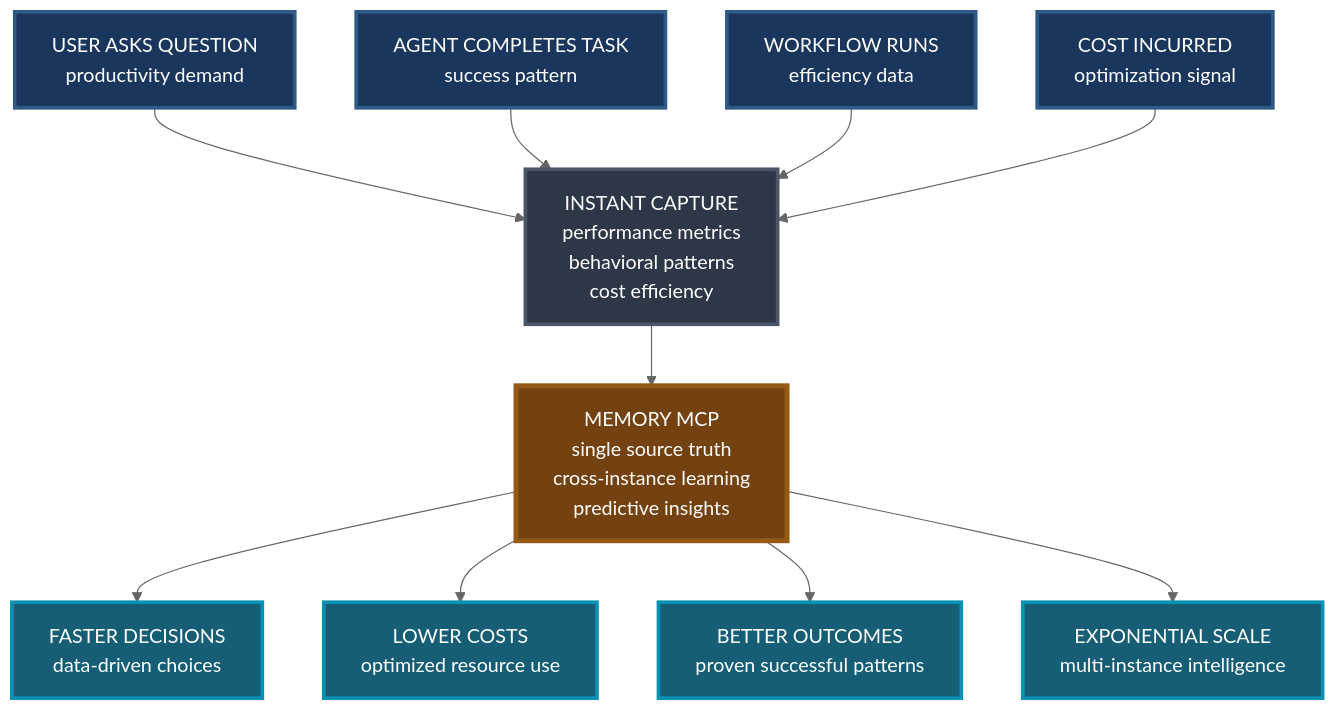
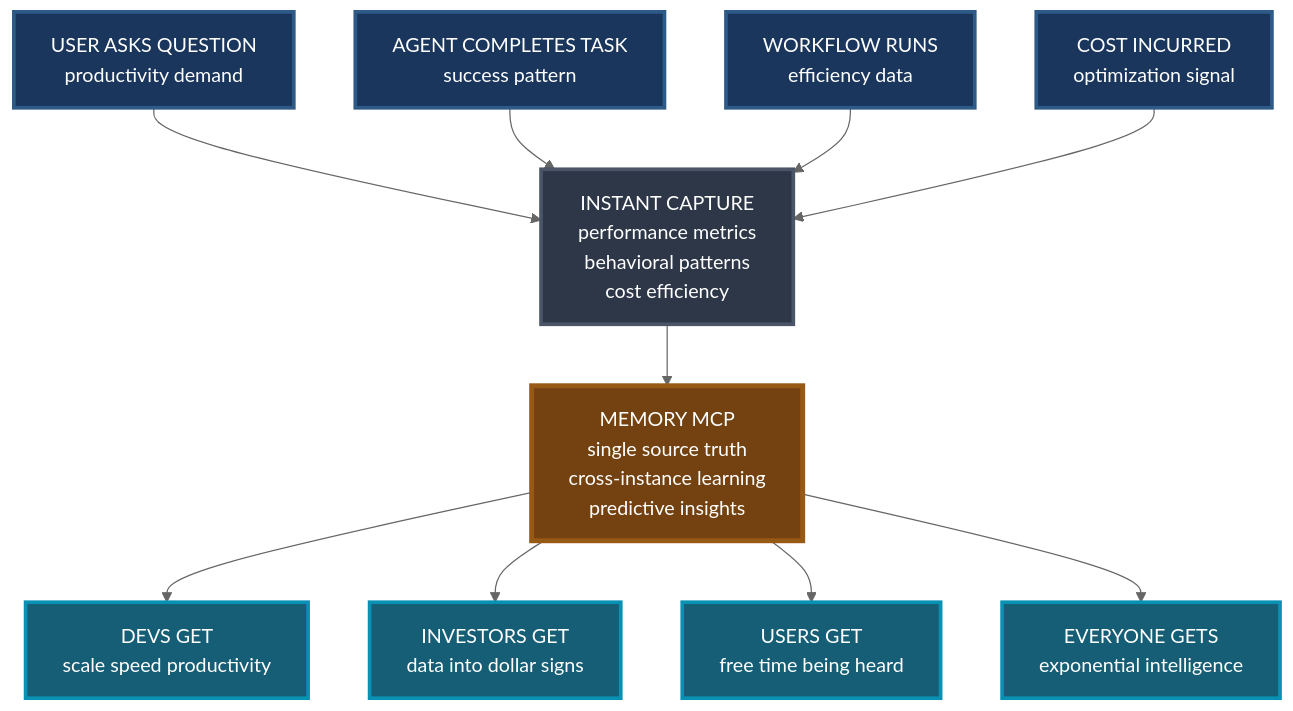
Before and after one commit to seanivore/modular-agent-orchestrator: the diagram in promotions/visuals/diagrams/memory_analytics_simple.md, drawn with Mermaid (neutral theme). The commit also changed other lines of this file and 10 other files, not shown here.

````diff
--- a/promotions/visuals/diagrams/memory_analytics_simple.md
+++ b/promotions/visuals/diagrams/memory_analytics_simple.md
@@ -5,44 +5,44 @@
 ```mermaid
 flowchart TD
     %% Triggering Events
     A1["USER ASKS QUESTION<br/>productivity demand"]
     A2["AGENT COMPLETES TASK<br/>success pattern"]  
     A3["WORKFLOW RUNS<br/>efficiency data"]
     A4["COST INCURRED<br/>optimization signal"]
     
     %% Data Collection
     B["INSTANT CAPTURE<br/>performance metrics<br/>behavioral patterns<br/>cost efficiency"]
     
     %% Central Intelligence
     C["MEMORY MCP<br/>single source truth<br/>cross-instance learning<br/>predictive insights"]
     
-    %% Business Impact
-    D1["FASTER DECISIONS<br/>data-driven choices"]
-    D2["LOWER COSTS<br/>optimized resource use"] 
-    D3["BETTER OUTCOMES<br/>proven successful patterns"]
-    D4["EXPONENTIAL SCALE<br/>multi-instance intelligence"]
+    %% Business Impact by Audience
+    D1["DEVS GET<br/>scale speed productivity"]
+    D2["INVESTORS GET<br/>data into dollar signs"] 
+    D3["USERS GET<br/>free time being heard"]
+    D4["EVERYONE GETS<br/>exponential intelligence"]
     
     %% Flow connections
     A1 --> B
     A2 --> B  
     A3 --> B
     A4 --> B
     
     B --> C
     
     C --> D1
     C --> D2
     C --> D3  
     C --> D4
     
     %% Styling for high contrast and clarity
     classDef triggerEvent fill:#1a365d,stroke:#2d5a87,stroke-width:3px,color:#ffffff
     classDef dataCapture fill:#2d3748,stroke:#4a5568,stroke-width:3px,color:#ffffff
     classDef centralHub fill:#744210,stroke:#975a16,stroke-width:4px,color:#ffffff
     classDef businessImpact fill:#155e75,stroke:#0891b2,stroke-width:3px,color:#ffffff
     
     class A1,A2,A3,A4 triggerEvent
     class B dataCapture
     class C centralHub
     class D1,D2,D3,D4 businessImpact
 ```
````
